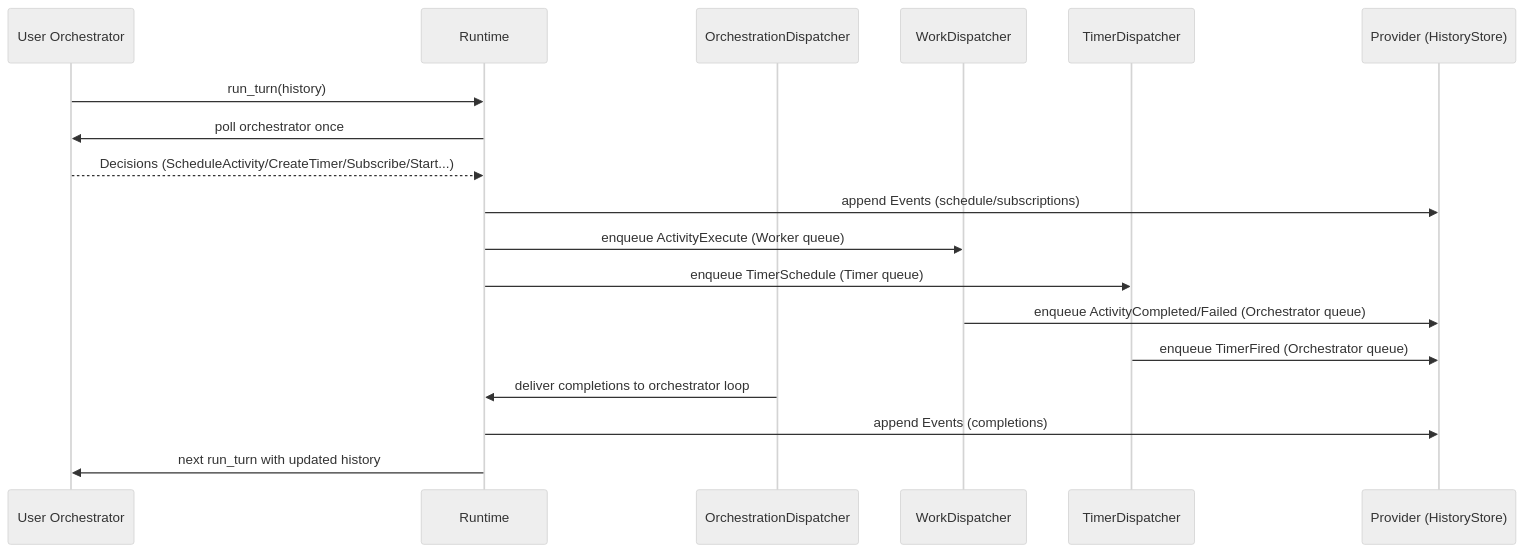
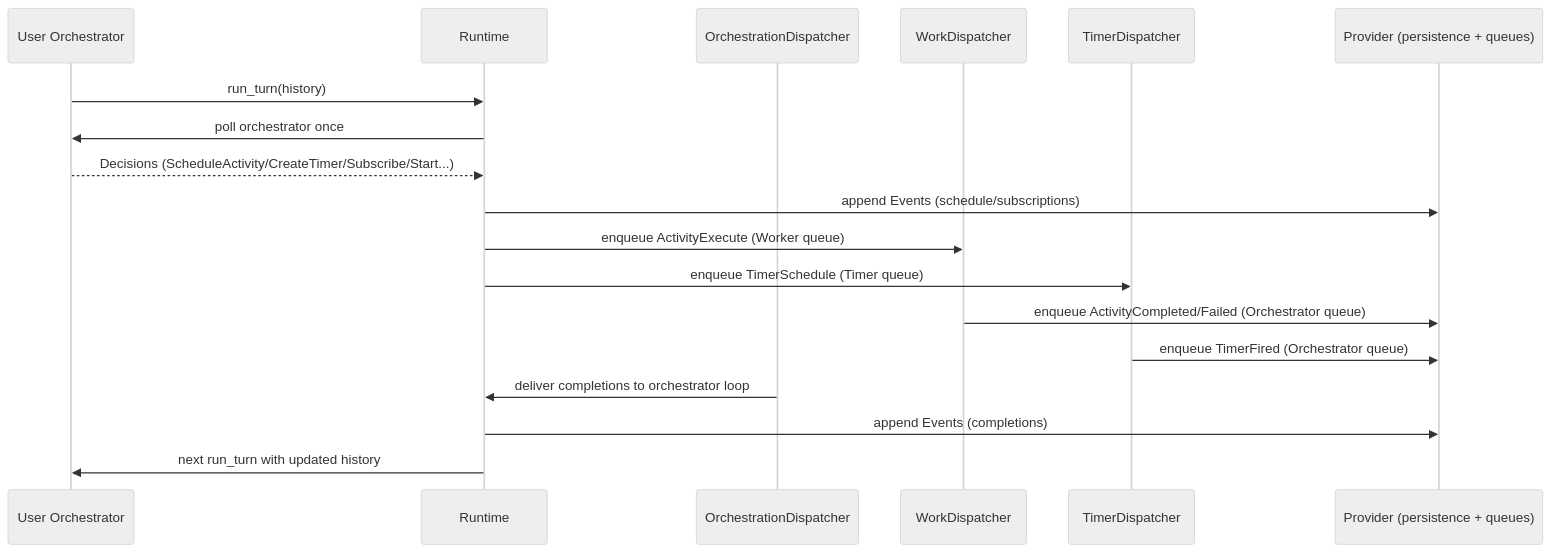
The first of 3 diagrams in docs/architecture.md (affandar/duroxide), drawn with Mermaid (neutral theme) before and after one commit. The commit also changed other lines of this file and 13 other files, not shown here.

````diff
--- a/docs/architecture.md
+++ b/docs/architecture.md
@@ -14,21 +14,21 @@
 ```mermaid
 sequenceDiagram
     participant U as User Orchestrator
     participant R as Runtime
     participant OD as OrchestrationDispatcher
     participant WD as WorkDispatcher
     participant TD as TimerDispatcher
-    participant P as Provider (HistoryStore)
+    participant P as Provider (persistence + queues)
 
     U->>R: run_turn(history)
     R->>U: poll orchestrator once
     U-->>R: Decisions (ScheduleActivity/CreateTimer/Subscribe/Start...)
     R->>P: append Events (schedule/subscriptions)
     R->>WD: enqueue ActivityExecute (Worker queue)
     R->>TD: enqueue TimerSchedule (Timer queue)
     WD->>P: enqueue ActivityCompleted/Failed (Orchestrator queue)
     TD->>P: enqueue TimerFired (Orchestrator queue)
     OD->>R: deliver completions to orchestrator loop
     R->>P: append Events (completions)
     R->>U: next run_turn with updated history
 ```
````
